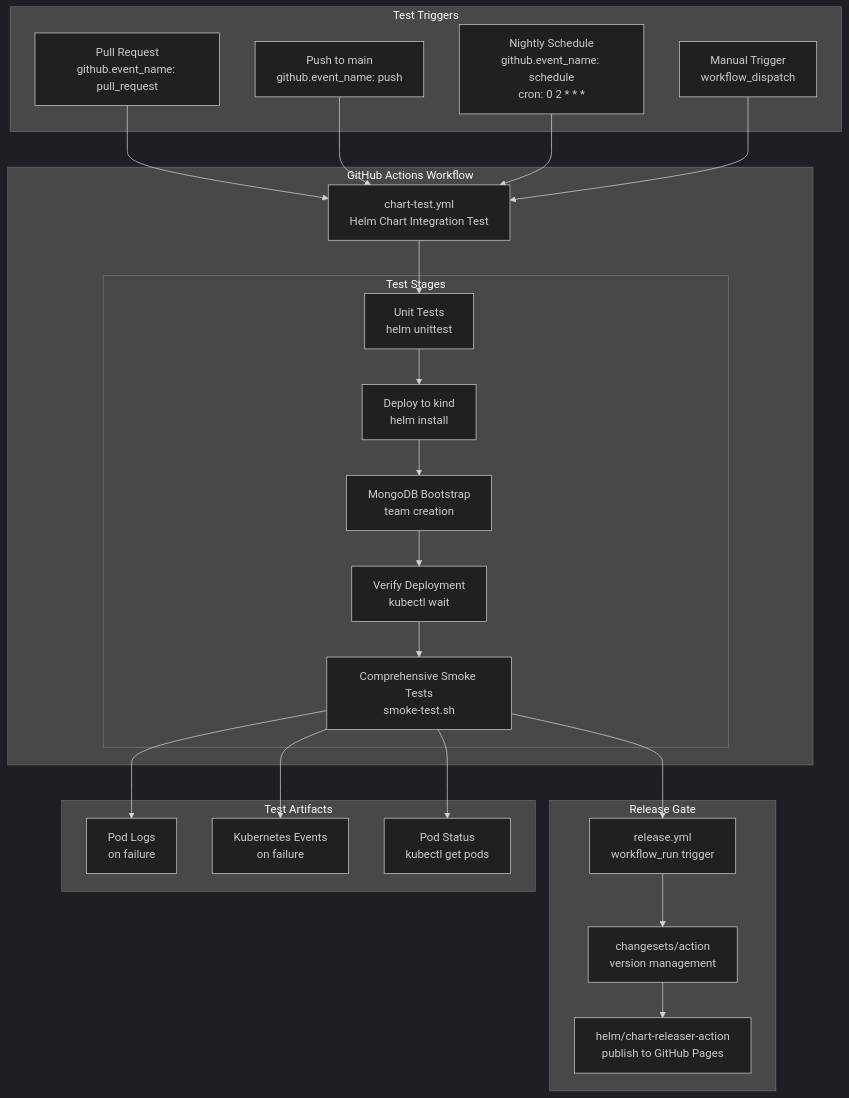
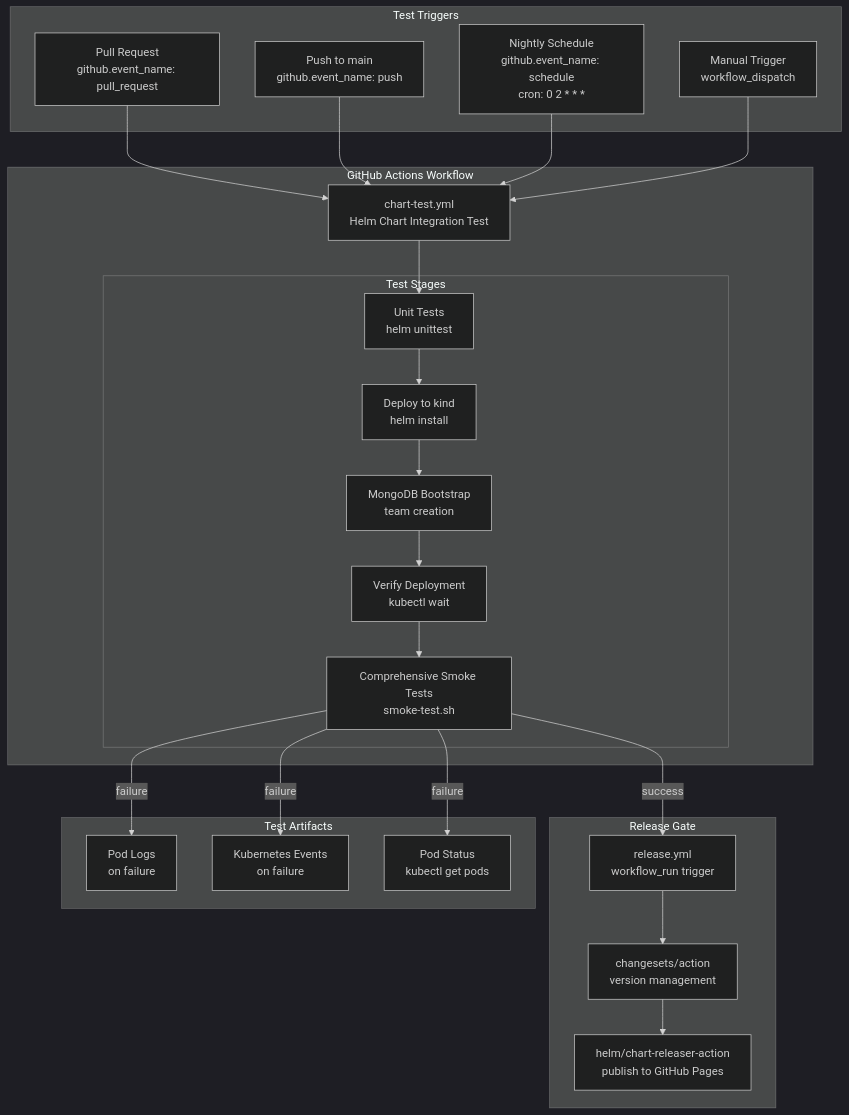
Before and after one commit to openchoreo/openchoreo: the first of 5 diagrams in docs/hyperdxio-helm-charts-docs/Testing.md, drawn with Mermaid (dark theme). The commit also changed other lines of this file and 85 other files, not shown here.

Commit message:
feat: Add new workflow and specification templates, update Helm chart dependencies, and clarify documentation diagrams.

````diff
--- a/docs/hyperdxio-helm-charts-docs/Testing.md
+++ b/docs/hyperdxio-helm-charts-docs/Testing.md
@@ -33,67 +33,67 @@
 ```mermaid
 flowchart TD
 
 PR["Pull Request<br>github.event_name: pull_request"]
 Push["Push to main<br>github.event_name: push"]
 Schedule["Nightly Schedule<br>github.event_name: schedule<br>cron: 0 2 * * *"]
 Manual["Manual Trigger<br>workflow_dispatch"]
 ChartTest["chart-test.yml<br>Helm Chart Integration Test"]
 UnitTests["Unit Tests<br>helm unittest"]
 Deploy["Deploy to kind<br>helm install"]
 Bootstrap["MongoDB Bootstrap<br>team creation"]
 Verify["Verify Deployment<br>kubectl wait"]
 SmokeTests["Comprehensive Smoke Tests<br>smoke-test.sh"]
 Logs["Pod Logs<br>on failure"]
 Events["Kubernetes Events<br>on failure"]
 Status["Pod Status<br>kubectl get pods"]
 ReleaseWorkflow["release.yml<br>workflow_run trigger"]
 Changesets["changesets/action<br>version management"]
 ChartReleaser["helm/chart-releaser-action<br>publish to GitHub Pages"]
 
 PR --> ChartTest
 Push --> ChartTest
 Schedule --> ChartTest
 Manual --> ChartTest
-SmokeTests --> Logs
-SmokeTests --> Events
-SmokeTests --> Status
-SmokeTests --> ReleaseWorkflow
+SmokeTests -->|"failure"| Logs
+SmokeTests -->|"failure"| Events
+SmokeTests -->|"failure"| Status
+SmokeTests -->|"success"| ReleaseWorkflow
 
 subgraph subGraph4 ["Release Gate"]
     ReleaseWorkflow
     Changesets
     ChartReleaser
     ReleaseWorkflow --> Changesets
     Changesets --> ChartReleaser
 end
 
 subgraph subGraph3 ["Test Artifacts"]
     Logs
     Events
     Status
 end
 
 subgraph subGraph2 ["GitHub Actions Workflow"]
     ChartTest
     ChartTest --> UnitTests
 
 subgraph subGraph1 ["Test Stages"]
     UnitTests
     Deploy
     Bootstrap
     Verify
     SmokeTests
     UnitTests --> Deploy
     Deploy --> Bootstrap
     Bootstrap --> Verify
     Verify --> SmokeTests
 end
 end
 
 subgraph subGraph0 ["Test Triggers"]
     PR
     Push
     Schedule
     Manual
 end
 ```
````
